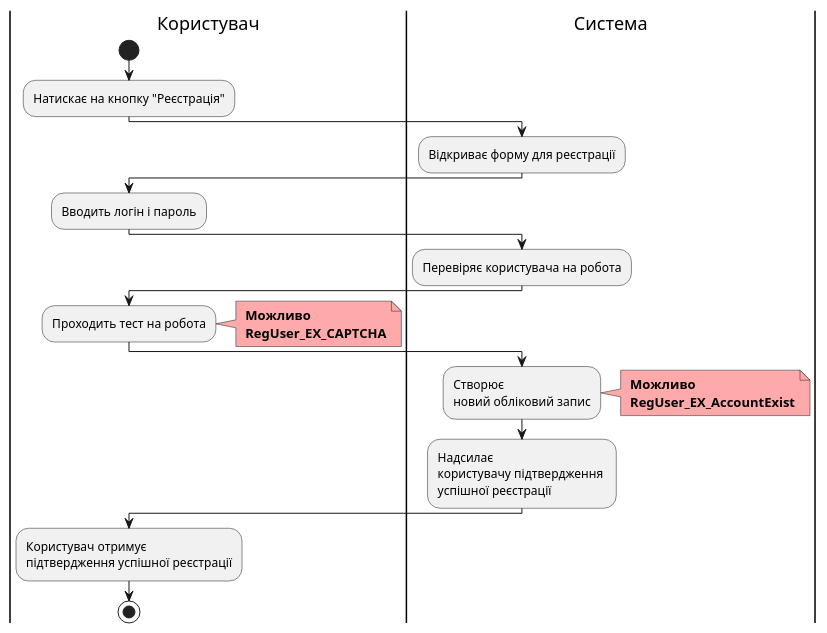
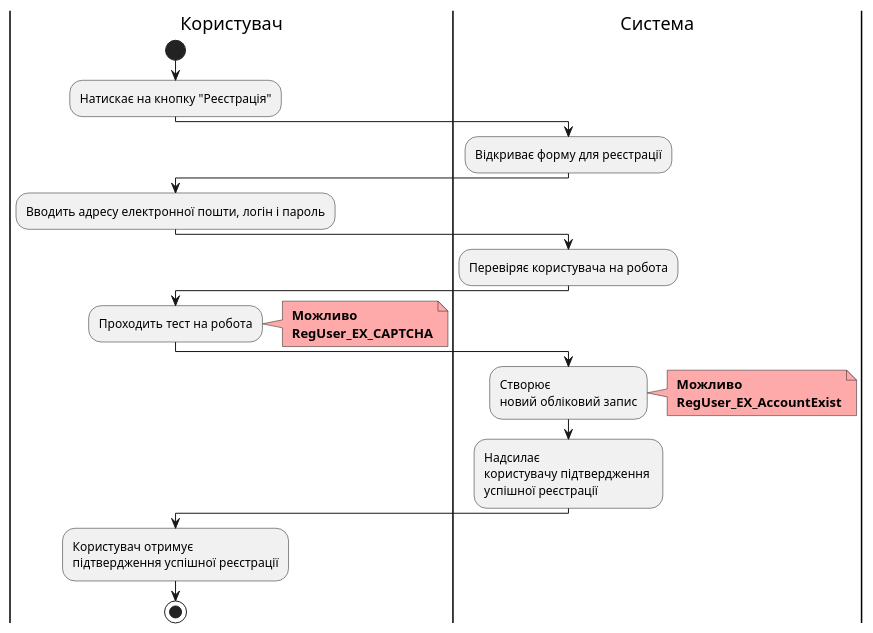
One commit to boldak/edu-db-cw changed the sixth of 22 diagrams in docs/use cases/README.md. Above: the diagram before and after it, drawn with PlantUML. The commit also changed other lines of this file and 1 other file, not shown here.

```diff
--- a/docs/use cases/README.md
+++ b/docs/use cases/README.md
@@ -290,40 +290,40 @@
 @startuml
 
     |Користувач|
         start
         :Натискає на кнопку "Реєстрація";
         
     |Система|
         :Відкриває форму для реєстрації;
         
     |Користувач|
-        :Вводить логін і пароль;
+        :Вводить адресу електронної пошти, логін і пароль;
         
     |Система|
         :Перевіряє користувача на робота;
         
     |Користувач|
         :Проходить тест на робота;
         note right #ffaaaa
         <b> Можливо
         <b> RegUser_EX_CAPTCHA
         end note
         
     |Система|
         :Створює 
         новий обліковий запис;
         note right #ffaaaa
         <b> Можливо
         <b> RegUser_EX_AccountExist
         end note
         
         :Надсилає
         користувачу підтвердження 
         успішної реєстрації;
         
     |Користувач|
         :Користувач отримує 
         підтвердження успішної реєстрації;
         stop;
 
 @enduml
```
